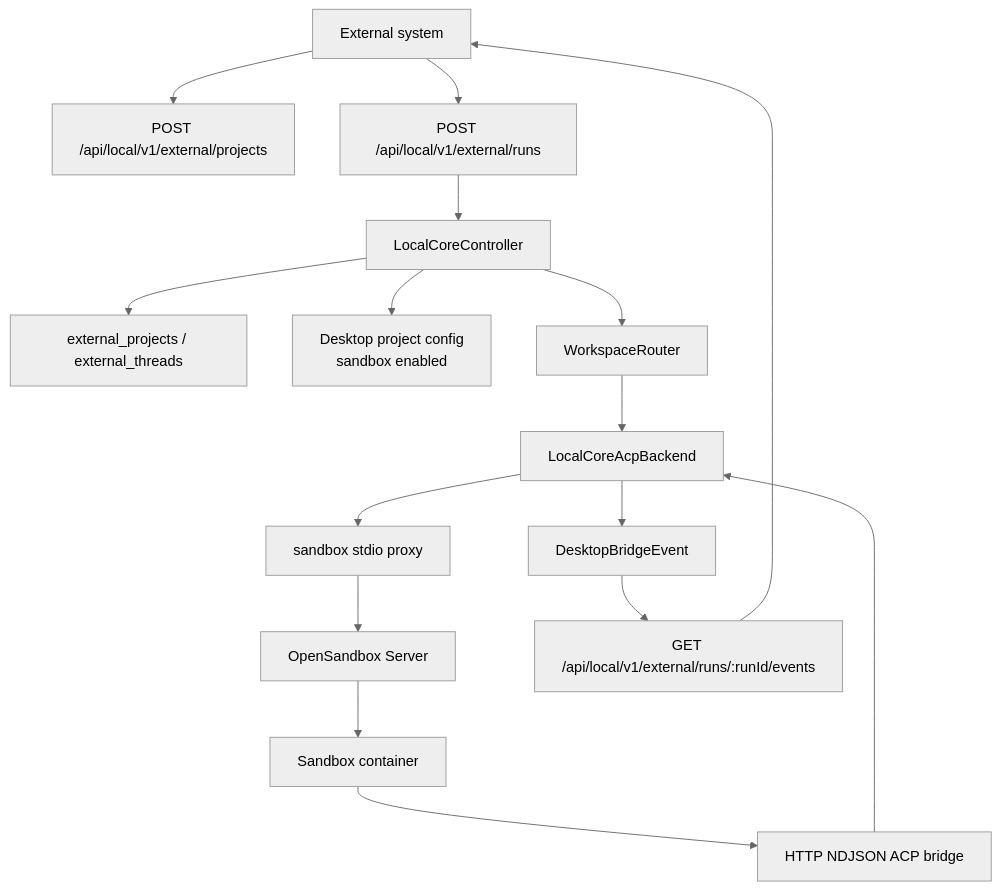
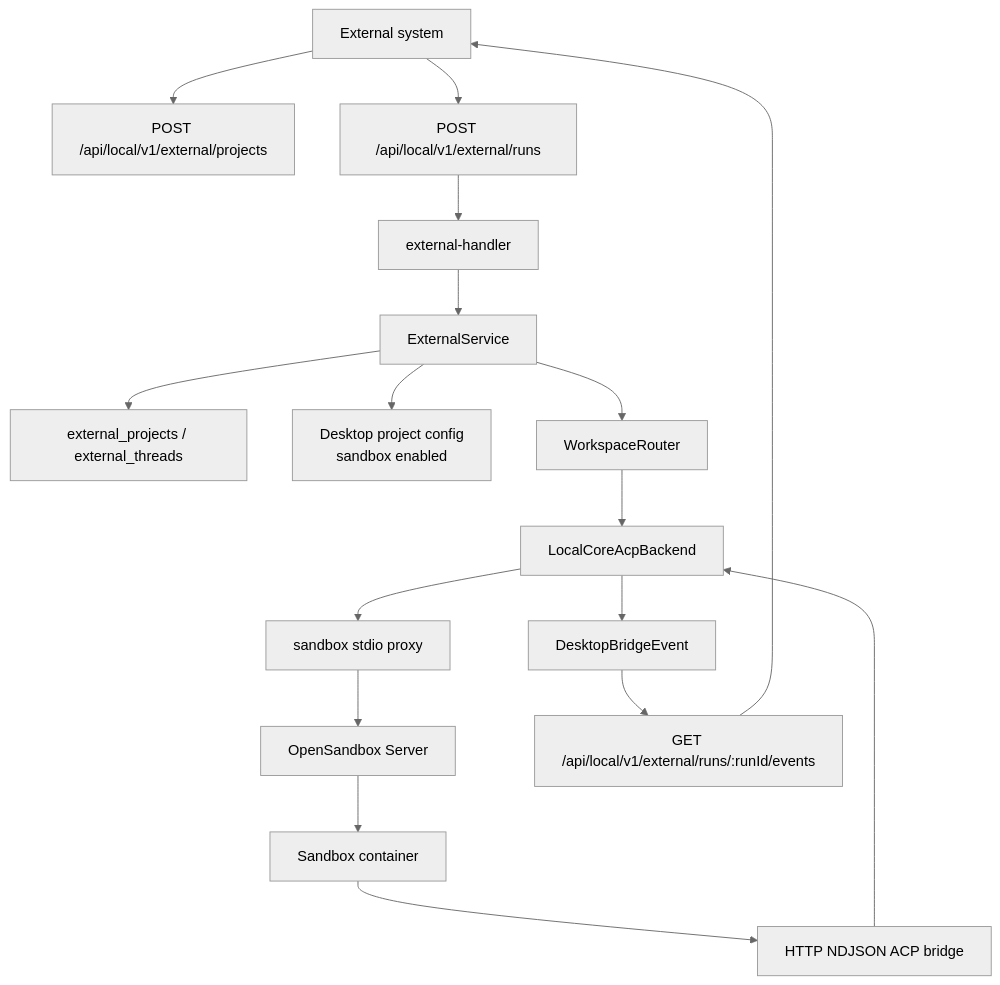
One commit to helloimcx/agentdock changed the diagram in docs/architecture/cloud-sandbox-and-external-api.md. Above: the diagram before and after it, drawn with Mermaid (neutral theme). The commit also changed 6 other files, not shown here.

First line of the commit message:
docs: update architecture docs for recent refactoring

````diff
--- a/docs/architecture/cloud-sandbox-and-external-api.md
+++ b/docs/architecture/cloud-sandbox-and-external-api.md
@@ -7,18 +7,19 @@
 ```mermaid
 flowchart TD
   Client["External system"] --> Projects["POST /api/local/v1/external/projects"]
   Client --> Runs["POST /api/local/v1/external/runs"]
-  Runs --> Controller["LocalCoreController"]
-  Controller --> ExternalStore["external_projects / external_threads"]
-  Controller --> Config["Desktop project config<br/>sandbox enabled"]
-  Controller --> Router["WorkspaceRouter"]
+  Runs --> ExternalHandler["external-handler"]
+  ExternalHandler --> ExternalSvc["ExternalService"]
+  ExternalSvc --> ExternalStore["external_projects / external_threads"]
+  ExternalSvc --> Config["Desktop project config<br/>sandbox enabled"]
+  ExternalSvc --> Router["WorkspaceRouter"]
   Router --> ACP["LocalCoreAcpBackend"]
   ACP --> SandboxProxy["sandbox stdio proxy"]
   SandboxProxy --> OpenSandbox["OpenSandbox Server"]
   OpenSandbox --> Container["Sandbox container"]
   Container --> Bridge["HTTP NDJSON ACP bridge"]
   Bridge --> ACP
   ACP --> Events["DesktopBridgeEvent"]
   Events --> SSE["GET /api/local/v1/external/runs/:runId/events"]
   SSE --> Client
 ```
````
